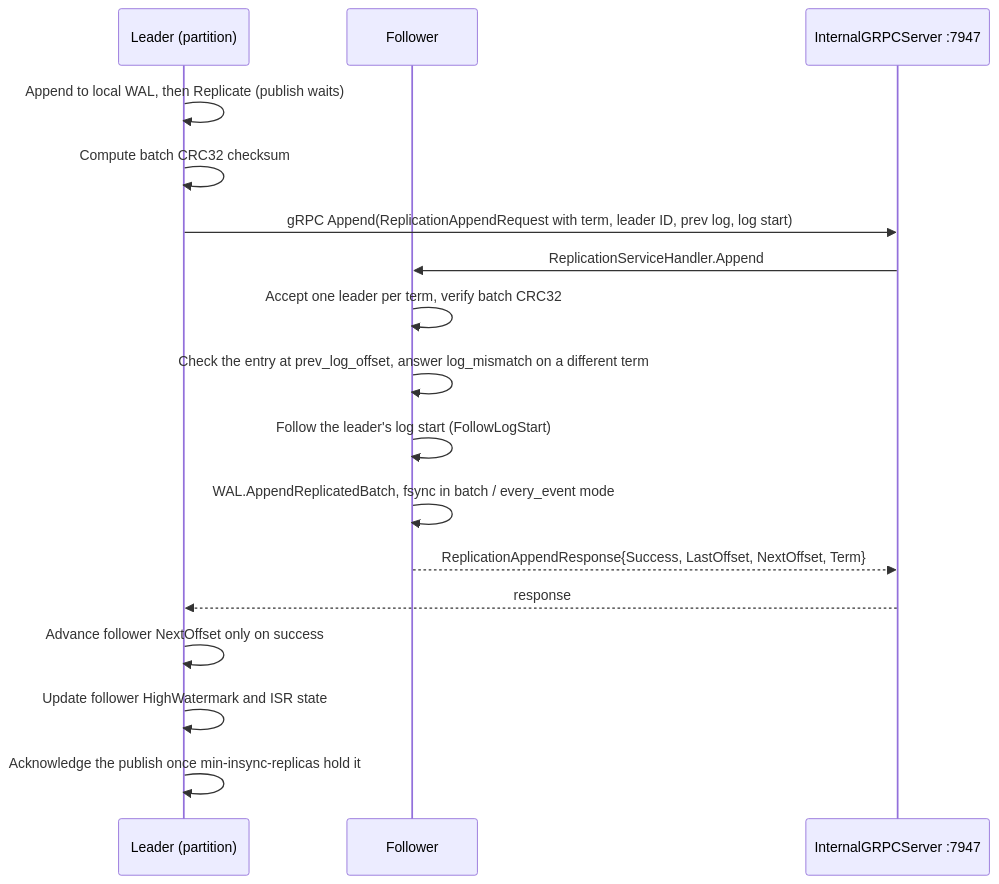
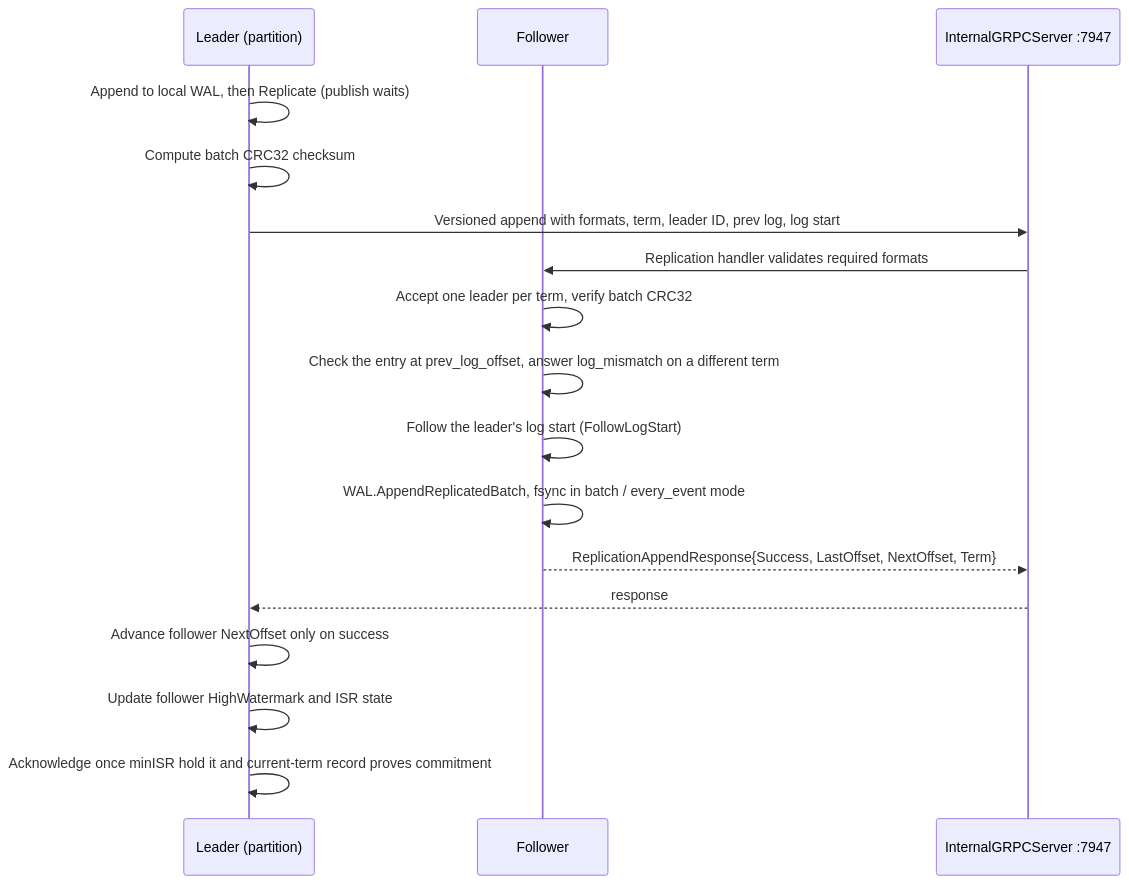
Diagram 38 of 47 in ARCHITECTURE.md (jatin711-debug/cronos_db_golang), drawn with Mermaid before and after one commit. The commit also changed other lines of this file and 39 other files, not shown here.

````diff
--- a/ARCHITECTURE.md
+++ b/ARCHITECTURE.md
@@ -1257,20 +1274,20 @@
 ```mermaid
 sequenceDiagram
     participant L as Leader (partition)
     participant F as Follower
     participant INT as InternalGRPCServer :7947
 
     L->>L: Append to local WAL, then Replicate (publish waits)
     L->>L: Compute batch CRC32 checksum
-    L->>INT: gRPC Append(ReplicationAppendRequest with term, leader ID, prev log, log start)
-    INT->>F: ReplicationServiceHandler.Append
+    L->>INT: Versioned append with formats, term, leader ID, prev log, log start
+    INT->>F: Replication handler validates required formats
     F->>F: Accept one leader per term, verify batch CRC32
     F->>F: Check the entry at prev_log_offset, answer log_mismatch on a different term
     F->>F: Follow the leader's log start (FollowLogStart)
     F->>F: WAL.AppendReplicatedBatch, fsync in batch / every_event mode
     F-->>INT: ReplicationAppendResponse{Success, LastOffset, NextOffset, Term}
     INT-->>L: response
     L->>L: Advance follower NextOffset only on success
     L->>L: Update follower HighWatermark and ISR state
-    L->>L: Acknowledge the publish once min-insync-replicas hold it
+    L->>L: Acknowledge once minISR hold it and current-term record proves commitment
 ```
````
